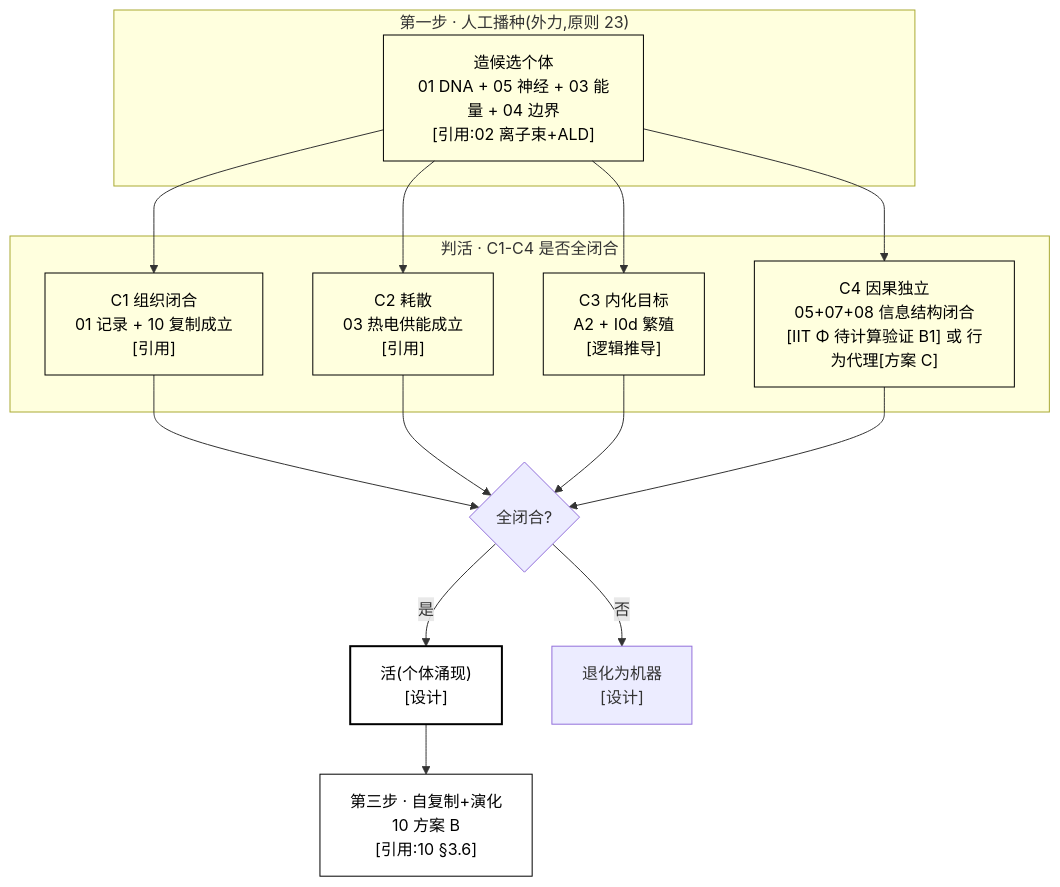
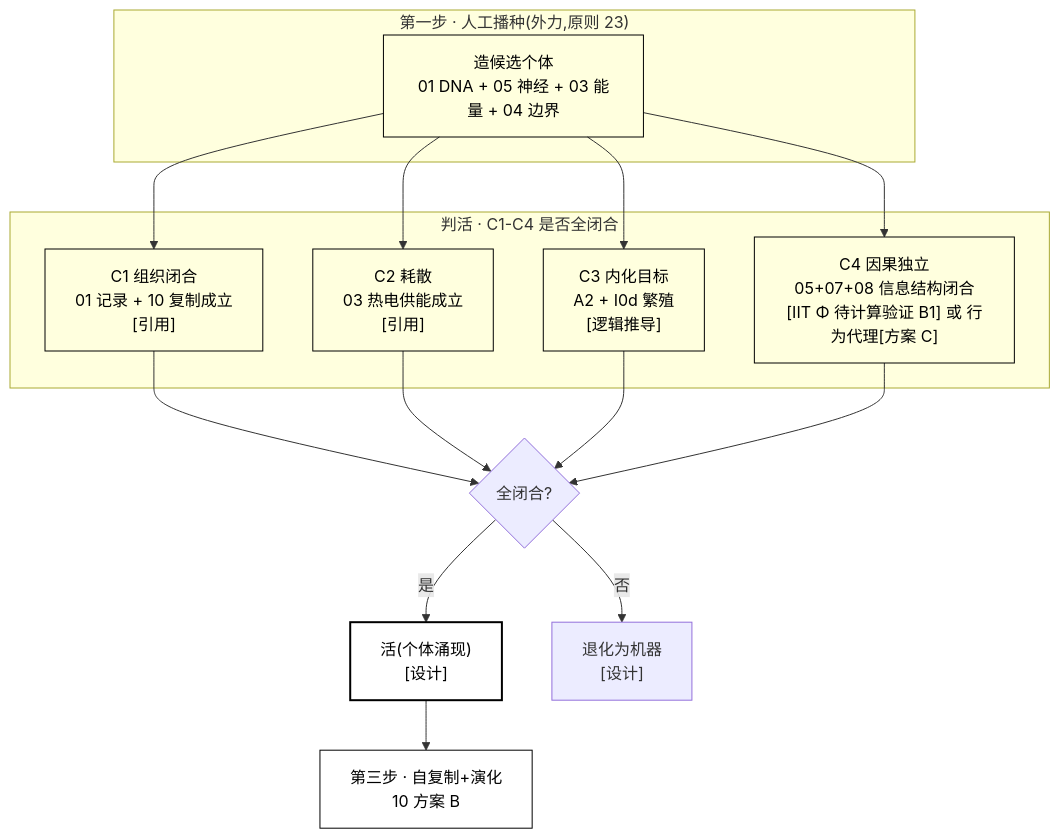
The first of 2 diagrams in zh-CN/04_边界个体性_设计.md (RichardASimon/Silicon-Biological-Blueprint), drawn with Mermaid before and after one commit. The commit also changed other lines of this file and 23 other files, not shown here.

First line of the commit message:
docs: improve report formatting, table balance and diagram captions

````diff
--- a/zh-CN/04_边界个体性_设计.md
+++ b/zh-CN/04_边界个体性_设计.md
@@ -138,29 +150,29 @@
 ```mermaid
 flowchart TB
     subgraph SEED["第一步 · 人工播种(外力,原则 23)"]
-        SD["造候选个体<br/>01 DNA + 05 神经 + 03 能量 + 04 边界<br/>[引用:02 离子束+ALD]"]
+        SD["造候选个体<br/>01 DNA + 05 神经 + 03 能量 + 04 边界<br/>"]
     end
 
     subgraph CHECK["判活 · C1-C4 是否全闭合"]
         C1["C1 组织闭合<br/>01 记录 + 10 复制成立<br/>[引用]"]
         C2["C2 耗散<br/>03 热电供能成立<br/>[引用]"]
         C3["C3 内化目标<br/>A2 + I0d 繁殖<br/>[逻辑推导]"]
         C4["C4 因果独立<br/>05+07+08 信息结构闭合<br/>[IIT Φ 待计算验证 B1] 或 行为代理[方案 C]"]
     end
 
     SD --> C1
     SD --> C2
     SD --> C3
     SD --> C4
 
     C1 & C2 & C3 & C4 --> V{"全闭合?"}
     V -->|是| LIVE["活(个体涌现)<br/>[设计]"]
     V -->|否| MACH["退化为机器<br/>[设计]"]
 
-    LIVE --> REPRO["第三步 · 自复制+演化<br/>10 方案 B<br/>[引用:10 §3.6]"]
+    LIVE --> REPRO["第三步 · 自复制+演化<br/>10 方案 B<br/>"]
 
     classDef box fill:transparent,stroke:currentColor,color:currentColor
     classDef ok fill:transparent,stroke:currentColor,stroke-width:2px,color:currentColor
     class SD,C1,C2,C3,C4,REPRO box
     class LIVE ok
 ```
````
